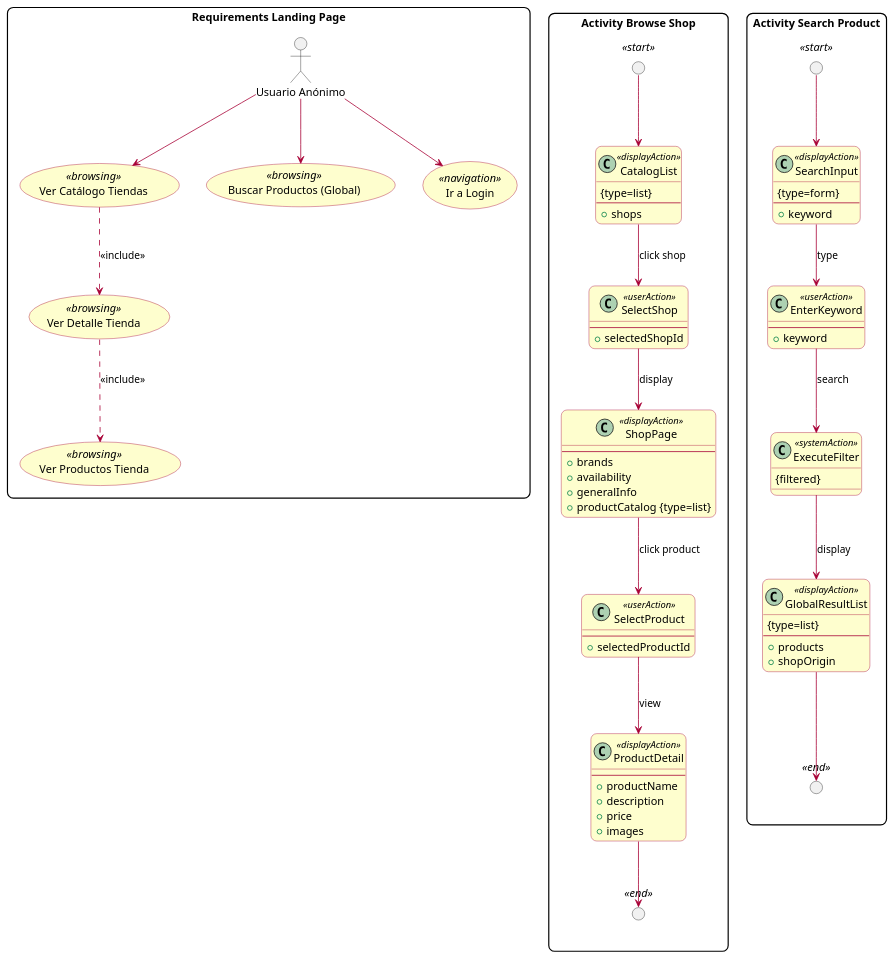
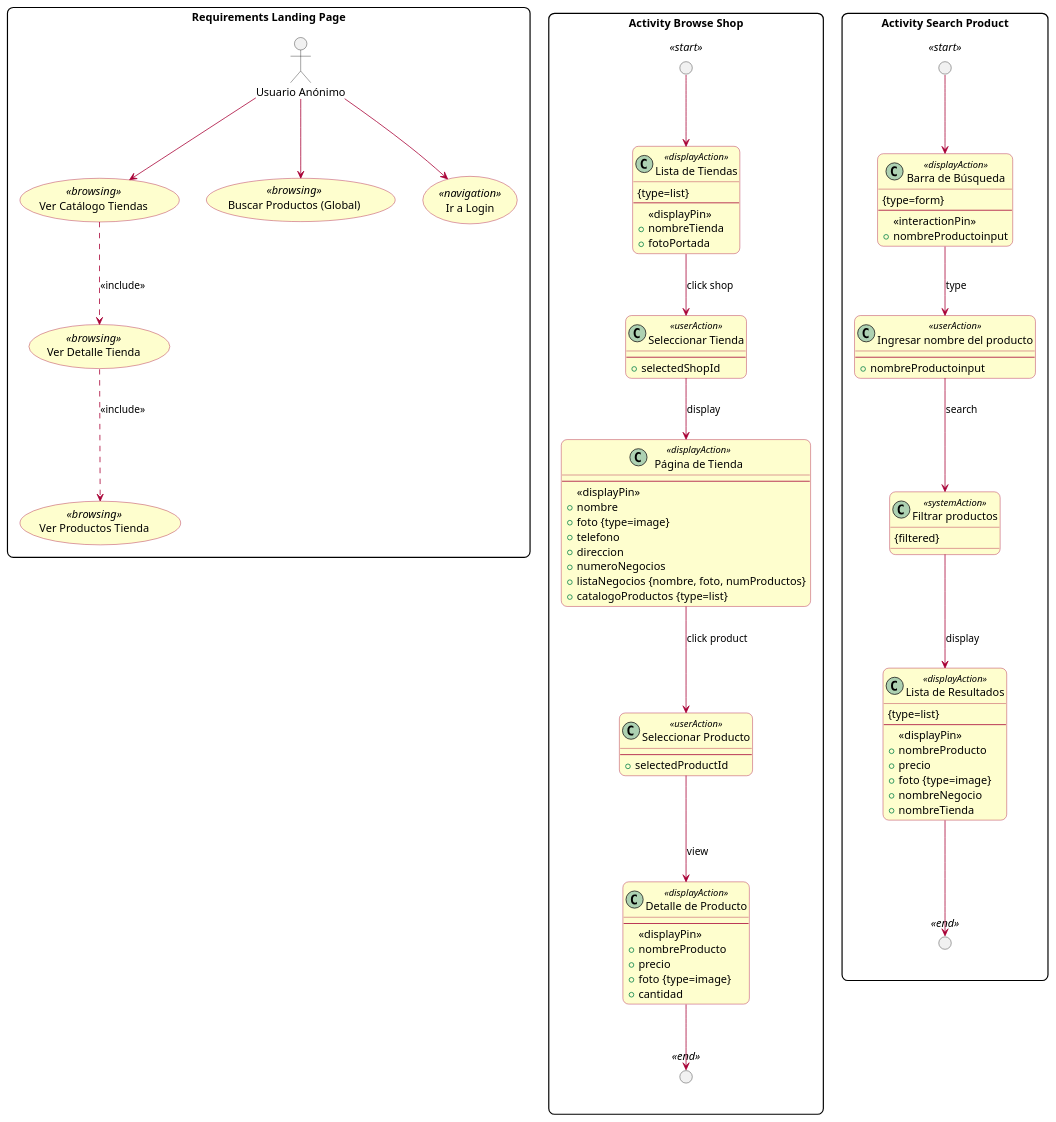
One commit to AinsleyJack/UWE-Tienda-Colectiva changed the diagram in Requirements Model/Landing Page/landingPage_requirements.puml. Above: the diagram before and after it, drawn with PlantUML. The commit also changed 1 other file, not shown here.

```diff
--- a/Requirements Model/Landing Page/landingPage_requirements.puml
+++ b/Requirements Model/Landing Page/landingPage_requirements.puml
@@ -1,112 +1,124 @@
 @startuml landingPage_requirements
 allow_mixing
 
 skinparam shadow false
 skinparam packageStyle rectangle
 skinparam roundCorner 15
 skinparam class {
   BackgroundColor #FEFECE
   BorderColor #A80036
   ArrowColor #A80036
 }
 skinparam usecase {
   BackgroundColor #FEFECE
   BorderColor #A80036
   ArrowColor #A80036
 }
 
 package "Requirements Landing Page" {
   actor "Usuario Anónimo" as AnonUser
   
   usecase "Ver Catálogo Tiendas" as ViewCatalog <<browsing>>
   usecase "Ver Detalle Tienda" as ViewShop <<browsing>>
   usecase "Ver Productos Tienda" as ViewShopProducts <<browsing>>
   usecase "Buscar Productos (Global)" as SearchGlobal <<browsing>>
   usecase "Ir a Login" as GoLogin <<navigation>>
 }
 
 AnonUser --> ViewCatalog
 AnonUser --> SearchGlobal
 AnonUser --> GoLogin
 
 ViewCatalog ..> ViewShop : <<include>>
 ViewShop ..> ViewShopProducts : <<include>>
 
 package "Activity Browse Shop" {
   circle " " as BS_Start <<start>>
   circle " " as BS_End <<end>>
   skinparam circleBackgroundColor black
 
-  class "CatalogList" as BS_List <<displayAction>> {
+  class "Lista de Tiendas" as BS_List <<displayAction>> {
     {type=list}
     --
-    + shops
+    <<displayPin>>
+    + nombreTienda
+    + fotoPortada
   }
   
-  class "SelectShop" as BS_Select <<userAction>> {
+  class "Seleccionar Tienda" as BS_Select <<userAction>> {
     --
     + selectedShopId
   }
   
-  class "ShopPage" as BS_Page <<displayAction>> {
+  class "Página de Tienda" as BS_Page <<displayAction>> {
     --
-    + brands
-    + availability
-    + generalInfo
-    + productCatalog {type=list}
+    <<displayPin>>
+    + nombre
+    + foto {type=image}
+    + telefono
+    + direccion
+    + numeroNegocios
+    + listaNegocios {nombre, foto, numProductos}
+    + catalogoProductos {type=list}
   }
   
-  class "SelectProduct" as BS_SelectProd <<userAction>> {
+  class "Seleccionar Producto" as BS_SelectProd <<userAction>> {
     --
     + selectedProductId
   }
   
-  class "ProductDetail" as BS_ProdDetail <<displayAction>> {
+  class "Detalle de Producto" as BS_ProdDetail <<displayAction>> {
     --
-    + productName
-    + description
-    + price
-    + images
+    <<displayPin>>
+    + nombreProducto
+    + precio
+    + foto {type=image}
+    + cantidad
   }
 
   BS_Start --> BS_List
   BS_List --> BS_Select : click shop
   BS_Select --> BS_Page : display
   BS_Page --> BS_SelectProd : click product
   BS_SelectProd --> BS_ProdDetail : view
   BS_ProdDetail --> BS_End
 }
 
 package "Activity Search Product" {
   circle " " as SP_Start <<start>>
   circle " " as SP_End <<end>>
 
-  class "SearchInput" as SP_Form <<displayAction>> {
+  class "Barra de Búsqueda" as SP_Form <<displayAction>> {
     {type=form}
     --
-    + keyword
+    <<interactionPin>>
+    + nombreProductoinput
   }
   
-  class "EnterKeyword" as SP_Input <<userAction>> {
+  class "Ingresar nombre del producto" as SP_Input <<userAction>> {
     --
-    + keyword
+    + nombreProductoinput
   }
   
-  class "ExecuteFilter" as SP_Filter <<systemAction>> {
+  class "Filtrar productos" as SP_Filter <<systemAction>> {
     {filtered}
   }
   
-  class "GlobalResultList" as SP_Results <<displayAction>> {
+  class "Lista de Resultados" as SP_Results <<displayAction>> {
     {type=list}
     --
-    + products
-    + shopOrigin
+    <<displayPin>>
+    + nombreProducto
+    + precio
+    + foto {type=image}
+    + nombreNegocio
+    + nombreTienda
   }
   
   SP_Start --> SP_Form
   SP_Form --> SP_Input : type
   SP_Input --> SP_Filter : search
   SP_Filter --> SP_Results : display
   SP_Results --> SP_End
 }
 @enduml
```
